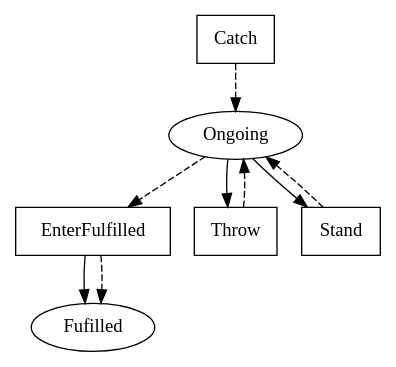
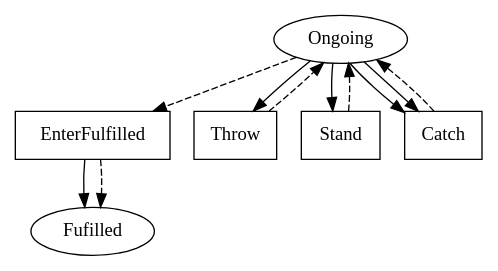
Before and after one commit to Marcao02/complaw-deeptech: the diagram in linear_state_machine_language/pyL4/examples_graphviz_out/toy_and_teaching/minimal_future-actions.dot, drawn with Graphviz. The commit also changed 23 other files, not shown here.

```diff
--- a/linear_state_machine_language/pyL4/examples_graphviz_out/toy_and_teaching/minimal_future-actions.dot
+++ b/linear_state_machine_language/pyL4/examples_graphviz_out/toy_and_teaching/minimal_future-actions.dot
@@ -1,26 +1,28 @@
 // THIS IS A GENERATED FILE. DO NOT EDIT.
 
 digraph test_contract_for_must_later {    
     Fulfilled[label=Fufilled];
     Ongoing[label=Ongoing]
     
     EnterFulfilled[label=EnterFufilled,shape=box]; 
     Throw[label=Throw,shape=box];
 	Stand[label=Stand,shape=box];
 	Catch[label=Catch,shape=box];
 	EnterFulfilled[label=EnterFulfilled,shape=box]    
     
     EnterFulfilled -> Fulfilled;
     
     Ongoing -> Throw;
 	Ongoing -> Stand;
+	Ongoing -> Catch;
+	Ongoing -> Catch;
 	Ongoing -> EnterFulfilled [style=dashed]
     
     Throw -> Ongoing [style=dashed];
 	Stand -> Ongoing [style=dashed];
 	Catch -> Ongoing [style=dashed];
 	EnterFulfilled -> Fulfilled [style=dashed];
 	     
     
        
 }
```
